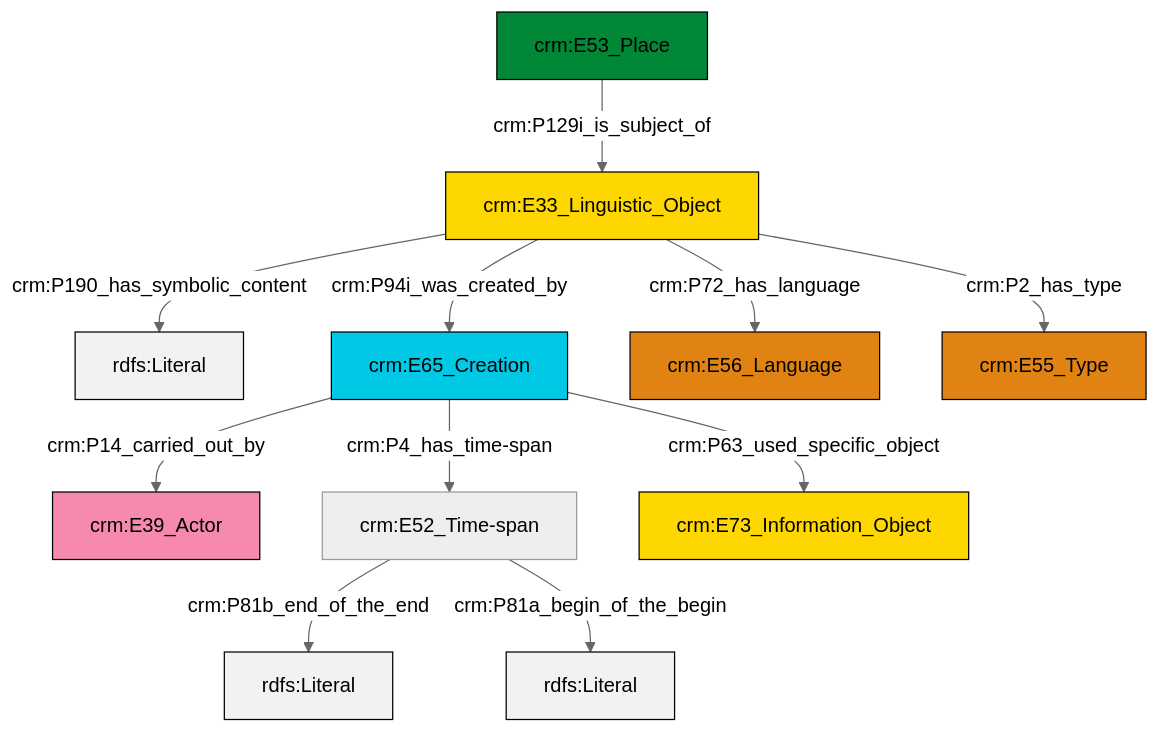
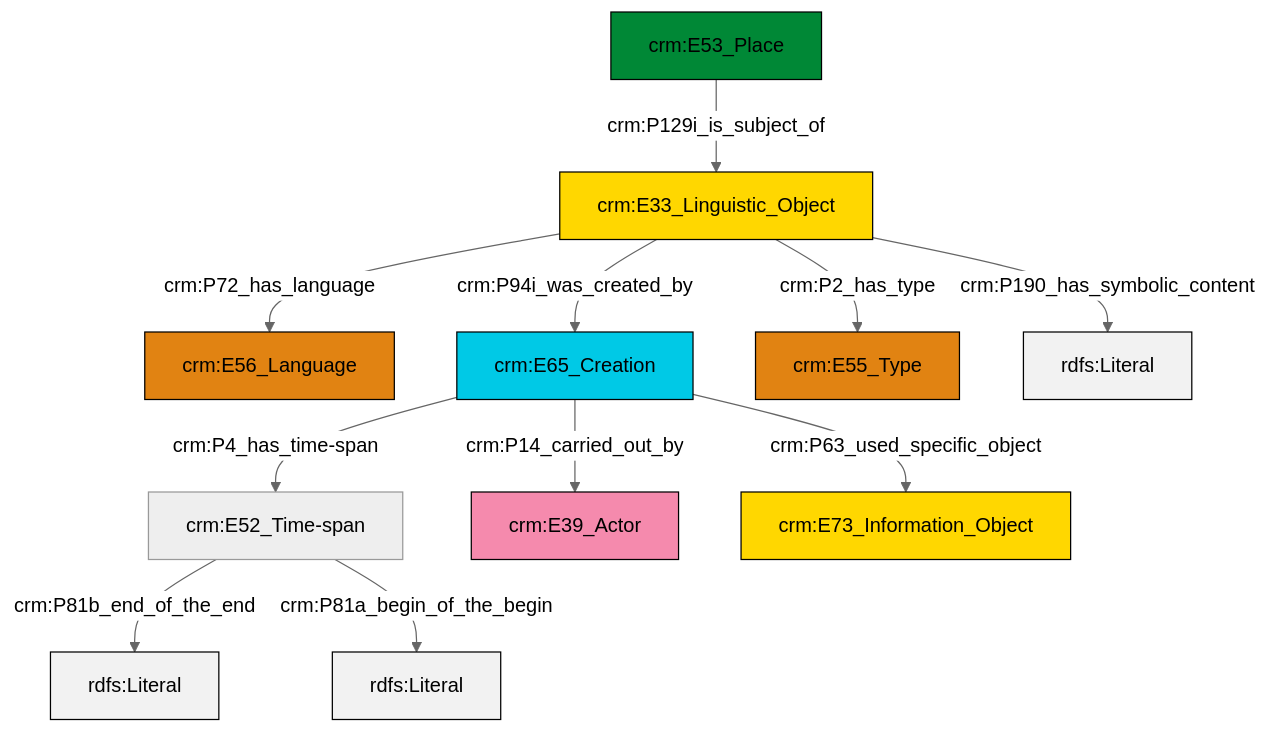
Before and after one commit to swiss-art-research-net/docs.swissartresearch: the diagram in et/placeCSV/ttl/mmd/place_description.ttl.mmd, drawn with Mermaid (neutral theme). The commit also changed 177 other files, not shown here.

```diff
--- a/et/placeCSV/ttl/mmd/place_description.ttl.mmd
+++ b/et/placeCSV/ttl/mmd/place_description.ttl.mmd
@@ -1,25 +1,25 @@
 graph TD
 classDef Literal fill:#f2f2f2,stroke:#000000;
 classDef CRM_Entity fill:#FFFFFF,stroke:#000000;
 classDef Temporal_Entity fill:#00C9E6, stroke:#000000;
 classDef Type fill:#E18312, stroke:#000000;
 classDef Time-Span fill:#2C9C91, stroke:#000000;
 classDef Appellation fill:#FFEB7F, stroke:#000000;
 classDef Place fill:#008836, stroke:#000000;
 classDef Persistent_Item fill:#B266B2, stroke:#000000;
 classDef Conceptual_Object fill:#FFD700, stroke:#000000;
 classDef Physical_Thing fill:#D2B48C, stroke:#000000;
 classDef Actor fill:#f58aad, stroke:#000000;
 classDef PC_Classes fill:#4ce600, stroke:#000000;
 classDef Multi fill:#cccccc,stroke:#000000;
 
-0["crm:E33_Linguistic_Object"]:::Conceptual_Object -->|crm:P190_has_symbolic_content| 1[rdfs:Literal]:::Literal
-2["crm:E65_Creation"]:::Temporal_Entity -->|crm:P14_carried_out_by| 3["crm:E39_Actor"]:::Actor
-0["crm:E33_Linguistic_Object"]:::Conceptual_Object -->|crm:P72_has_language| 4["crm:E56_Language"]:::Type
-8["crm:E52_Time-span"]:::Default -->|crm:P81b_end_of_the_end| 10[rdfs:Literal]:::Literal
-0["crm:E33_Linguistic_Object"]:::Conceptual_Object -->|crm:P2_has_type| 12["crm:E55_Type"]:::Type
-2["crm:E65_Creation"]:::Temporal_Entity -->|crm:P63_used_specific_object| 14["crm:E73_Information_Object"]:::Conceptual_Object
-8["crm:E52_Time-span"]:::Default -->|crm:P81a_begin_of_the_begin| 15[rdfs:Literal]:::Literal
-0["crm:E33_Linguistic_Object"]:::Conceptual_Object -->|crm:P94i_was_created_by| 2["crm:E65_Creation"]:::Temporal_Entity
-5["crm:E53_Place"]:::Place -->|crm:P129i_is_subject_of| 0["crm:E33_Linguistic_Object"]:::Conceptual_Object
-2["crm:E65_Creation"]:::Temporal_Entity -->|crm:P4_has_time-span| 8["crm:E52_Time-span"]:::Default
+0["crm:E52_Time-span"]:::Default -->|crm:P81b_end_of_the_end| 1[rdfs:Literal]:::Literal
+2["crm:E33_Linguistic_Object"]:::Conceptual_Object -->|crm:P72_has_language| 4["crm:E56_Language"]:::Type
+7["crm:E65_Creation"]:::Temporal_Entity -->|crm:P14_carried_out_by| 5["crm:E39_Actor"]:::Actor
+7["crm:E65_Creation"]:::Temporal_Entity -->|crm:P63_used_specific_object| 8["crm:E73_Information_Object"]:::Conceptual_Object
+0["crm:E52_Time-span"]:::Default -->|crm:P81a_begin_of_the_begin| 9[rdfs:Literal]:::Literal
+7["crm:E65_Creation"]:::Temporal_Entity -->|crm:P4_has_time-span| 0["crm:E52_Time-span"]:::Default
+2["crm:E33_Linguistic_Object"]:::Conceptual_Object -->|crm:P2_has_type| 14["crm:E55_Type"]:::Type
+2["crm:E33_Linguistic_Object"]:::Conceptual_Object -->|crm:P94i_was_created_by| 7["crm:E65_Creation"]:::Temporal_Entity
+15["crm:E53_Place"]:::Place -->|crm:P129i_is_subject_of| 2["crm:E33_Linguistic_Object"]:::Conceptual_Object
+2["crm:E33_Linguistic_Object"]:::Conceptual_Object -->|crm:P190_has_symbolic_content| 18[rdfs:Literal]:::Literal
```
